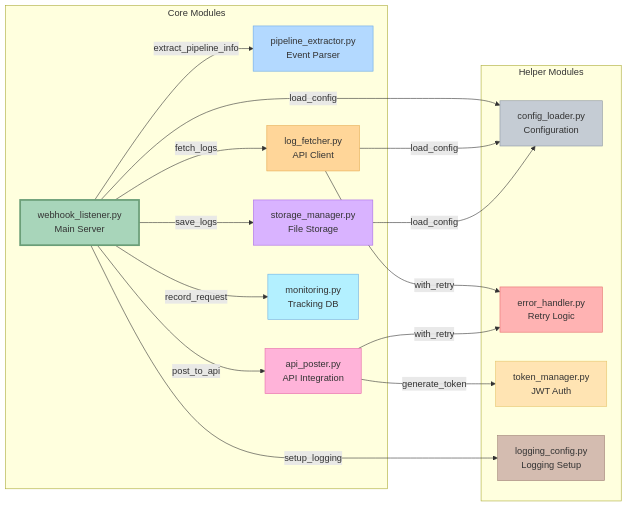
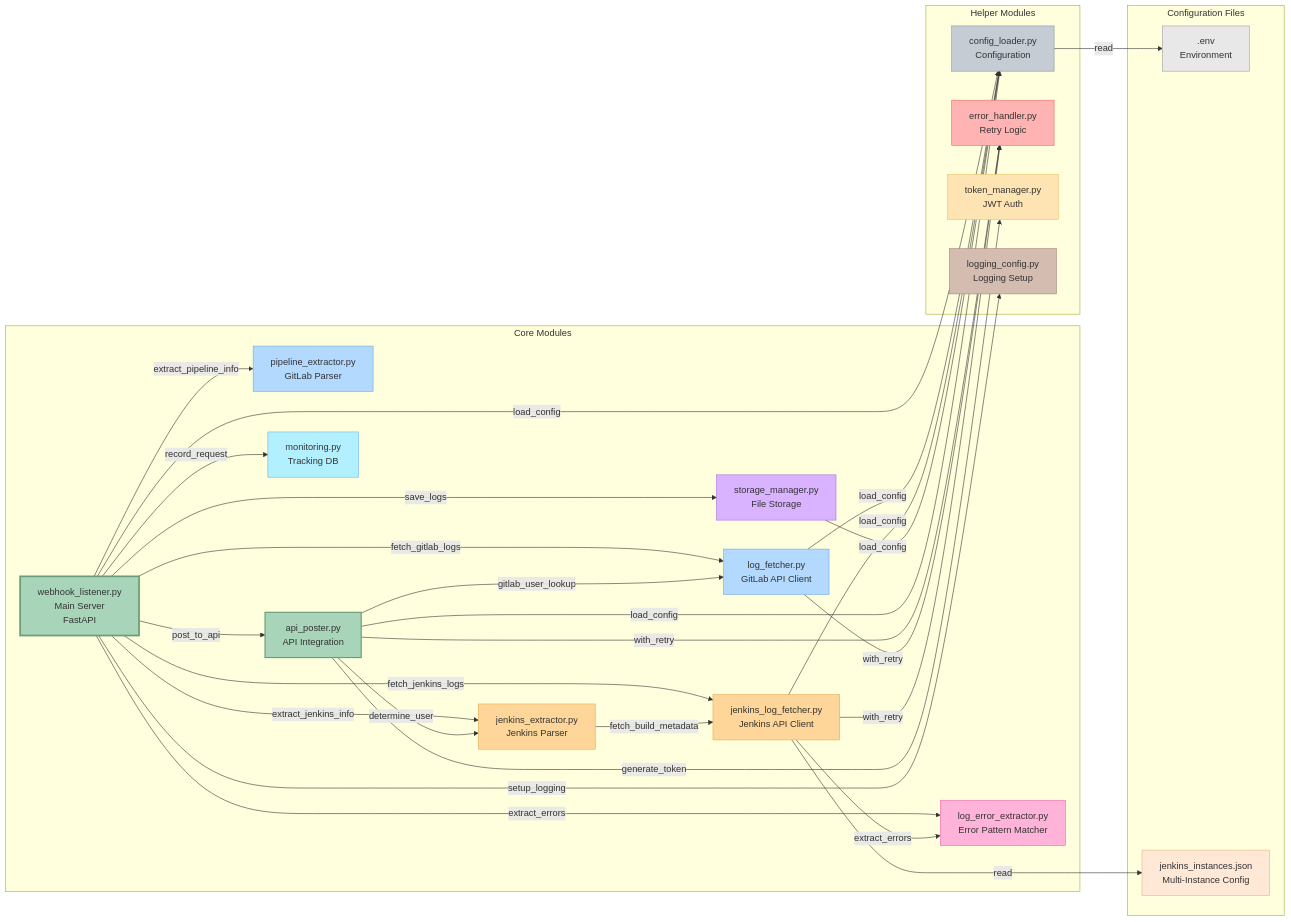
The third of 5 diagrams in DOCUMENTATION.md (vigneshpalanivelr/extract-build-logs), drawn with Mermaid before and after one commit. The commit also changed other lines of this file, not shown here.

````diff
--- a/DOCUMENTATION.md
+++ b/DOCUMENTATION.md
@@ -282,42 +438,72 @@
 ```mermaid
 graph LR
     subgraph "Core Modules"
-        WL[webhook_listener.py<br/>Main Server]
-        PE[pipeline_extractor.py<br/>Event Parser]
-        LF[log_fetcher.py<br/>API Client]
+        WL[webhook_listener.py<br/>Main Server<br/>FastAPI]
+        PE[pipeline_extractor.py<br/>GitLab Parser]
+        JE[jenkins_extractor.py<br/>Jenkins Parser]
+        GLF[log_fetcher.py<br/>GitLab API Client]
+        JLF[jenkins_log_fetcher.py<br/>Jenkins API Client]
+        LEE[log_error_extractor.py<br/>Error Pattern Matcher]
         SM[storage_manager.py<br/>File Storage]
         AP[api_poster.py<br/>API Integration]
         MON[monitoring.py<br/>Tracking DB]
     end
 
     subgraph "Helper Modules"
         CL[config_loader.py<br/>Configuration]
         EH[error_handler.py<br/>Retry Logic]
         TM[token_manager.py<br/>JWT Auth]
         LC[logging_config.py<br/>Logging Setup]
     end
 
+    subgraph "Configuration Files"
+        ENV[.env<br/>Environment]
+        JINS[jenkins_instances.json<br/>Multi-Instance Config]
+    end
+
     WL -->|extract_pipeline_info| PE
-    WL -->|fetch_logs| LF
+    WL -->|extract_jenkins_info| JE
+    WL -->|fetch_gitlab_logs| GLF
+    WL -->|fetch_jenkins_logs| JLF
+    WL -->|extract_errors| LEE
     WL -->|save_logs| SM
     WL -->|post_to_api| AP
     WL -->|record_request| MON
-    WL -->|load_config| CL
-    LF -->|load_config| CL
-    LF -->|with_retry| EH
-    SM -->|load_config| CL
+
+    JE -->|fetch_build_metadata| JLF
+    JLF -->|extract_errors| LEE
+
+    AP -->|gitlab_user_lookup| GLF
+    AP -->|determine_user| JE
     AP -->|generate_token| TM
     AP -->|with_retry| EH
+
+    GLF -->|with_retry| EH
+    JLF -->|with_retry| EH
+
+    WL -->|load_config| CL
+    GLF -->|load_config| CL
+    JLF -->|load_config| CL
+    SM -->|load_config| CL
+    AP -->|load_config| CL
     WL -->|setup_logging| LC
+
+    CL -->|read| ENV
+    JLF -->|read| JINS
 
     style WL fill:#a8d5ba,stroke:#6b9e78,stroke-width:3px
     style PE fill:#b3d9ff,stroke:#6ba8e6
-    style LF fill:#ffd699,stroke:#e6a84d
+    style JE fill:#ffd699,stroke:#e6a84d
+    style GLF fill:#b3d9ff,stroke:#6ba8e6
+    style JLF fill:#ffd699,stroke:#e6a84d
+    style LEE fill:#ffb3d9,stroke:#e66ba8
     style SM fill:#d9b3ff,stroke:#a86be6
-    style AP fill:#ffb3d9,stroke:#e66ba8
+    style AP fill:#a8d5ba,stroke:#6b9e78,stroke-width:2px
     style MON fill:#b3f0ff,stroke:#6baee6
     style CL fill:#c5ccd4,stroke:#8b95a1
     style EH fill:#ffb3b3,stroke:#e66b6b
     style TM fill:#ffe4b3,stroke:#e6c56b
     style LC fill:#d4bcb0,stroke:#a18578
+    style ENV fill:#e8e8e8,stroke:#a0a0a0
+    style JINS fill:#ffe8d6,stroke:#e6b380
 ```
````
